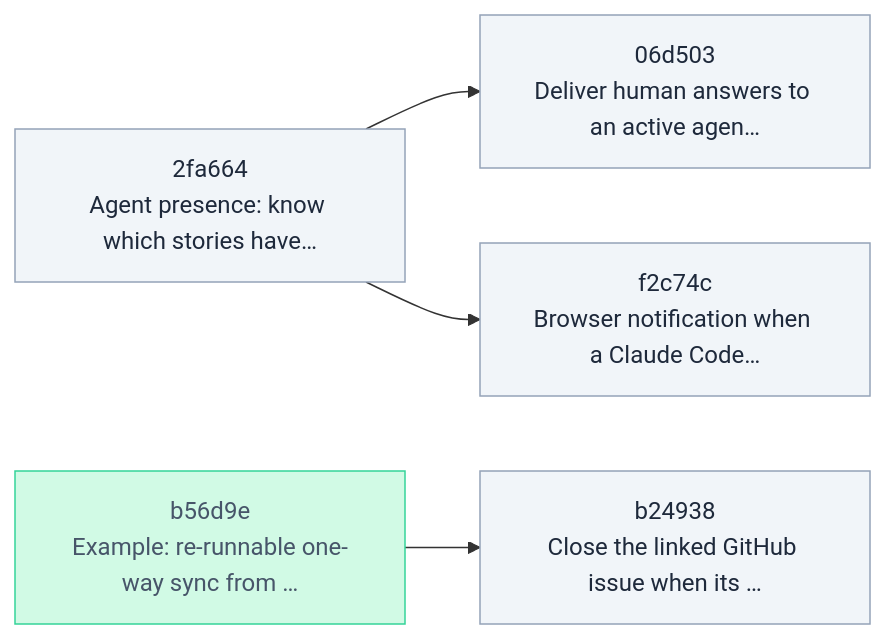
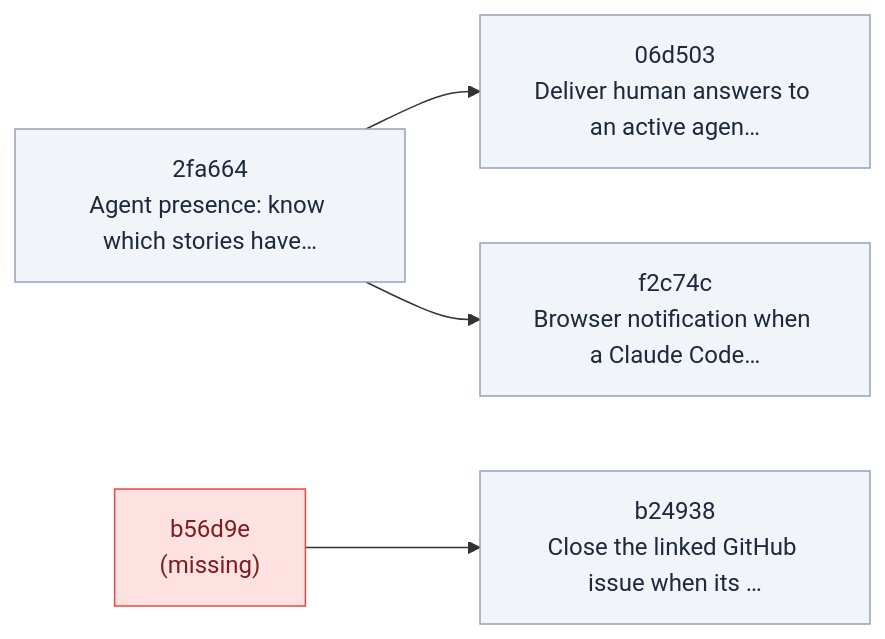
One commit to Vitund-AI/skald changed the diagram in .skald/README.md. Above: the diagram before and after it, drawn with Mermaid. The commit also changed other lines of this file and 3 other files, not shown here.

````diff
--- a/.skald/README.md
+++ b/.skald/README.md
@@ -16,15 +16,15 @@
 ```mermaid
 flowchart LR
     n_06d503["06d503<br/>Deliver human answers to an active agen…"]
     n_2fa664["2fa664<br/>Agent presence: know which stories have…"]
     n_b24938["b24938<br/>Close the linked GitHub issue when its …"]
-    n_b56d9e["b56d9e<br/>Example: re-runnable one-way sync from …"]
+    n_b56d9e["b56d9e<br/>(missing)"]
     n_f2c74c["f2c74c<br/>Browser notification when a Claude Code…"]
     n_b56d9e --> n_b24938
     n_2fa664 --> n_06d503
     n_2fa664 --> n_f2c74c
     classDef backlog fill:#f1f5f9,stroke:#94a3b8,color:#1e293b
-    classDef done fill:#d1fae5,stroke:#34d399,color:#475569
+    classDef unknown fill:#fee2e2,stroke:#ef4444,color:#7f1d1d
+    class n_b56d9e unknown
     class n_06d503,n_2fa664,n_b24938,n_f2c74c backlog
-    class n_b56d9e done
 ```
````
